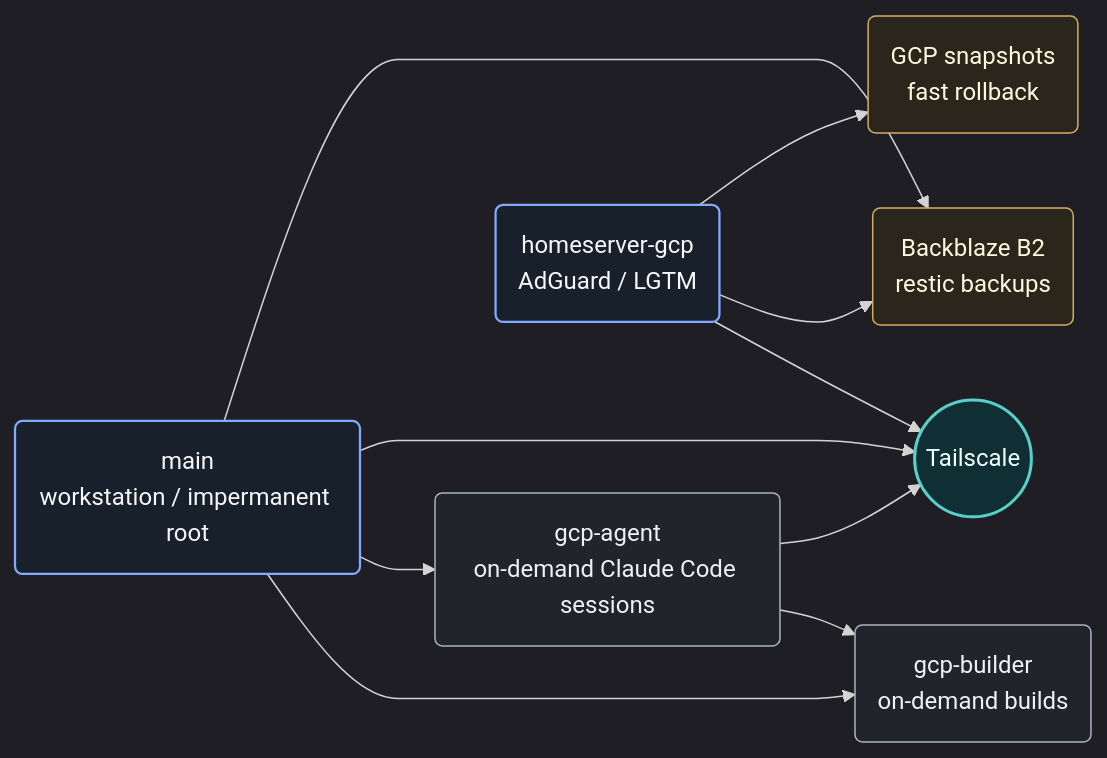
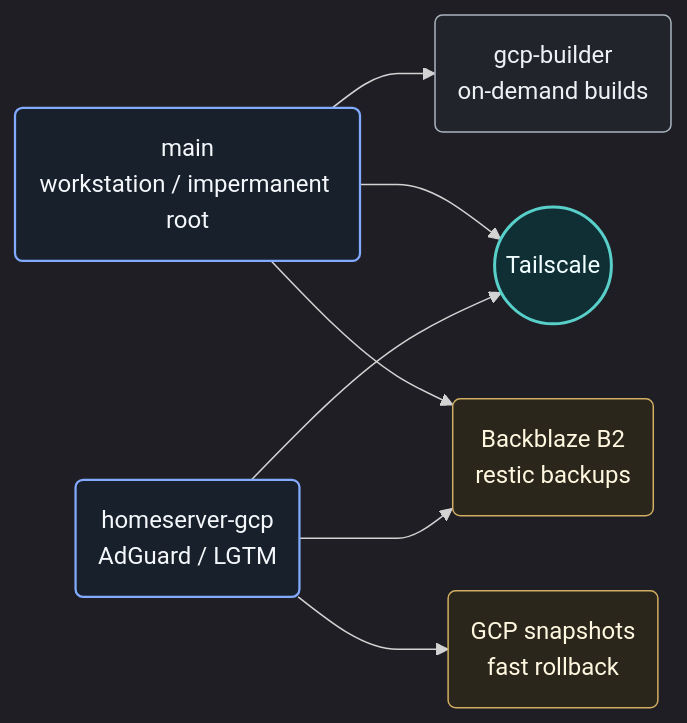
Before and after one commit to FilipNowakowicz/nixos-config: the diagram in README.md, drawn with Mermaid. The commit also changed other lines of this file and 33 other files, not shown here.

First line of the commit message:
Remove the gcp-agent host (#493)

````diff
--- a/README.md
+++ b/README.md
@@ -74,30 +74,26 @@
 ```mermaid
 %%{init: {"flowchart": {"curve": "monotoneX"}, "theme": "dark"}}%%
 flowchart LR
   main("main<br/>workstation / impermanent root")
   builder("gcp-builder<br/>on-demand builds")
-  agent("gcp-agent<br/>on-demand Claude Code sessions")
   homeserver("homeserver-gcp<br/>AdGuard / LGTM")
   tailnet(("Tailscale"))
   b2("Backblaze B2<br/>restic backups")
   snapshots("GCP snapshots<br/>fast rollback")
 
   main --> builder
-  main --> agent
-  agent --> builder
   main --> tailnet
-  agent --> tailnet
   homeserver --> tailnet
   main --> b2
   homeserver --> b2
   homeserver --> snapshots
 
   classDef primary fill:#18212b,stroke:#82aaff,color:#f4f7fb,stroke-width:1.5px
   classDef secondary fill:#21252b,stroke:#aab4be,color:#eef1f4
   classDef storage fill:#2a261b,stroke:#d2ae63,color:#fff7df
   classDef network fill:#102f35,stroke:#58d0c9,color:#f0ffff,stroke-width:2px
   class main,homeserver primary
-  class builder,agent secondary
+  class builder secondary
   class b2,snapshots storage
   class tailnet network
 ```
````
